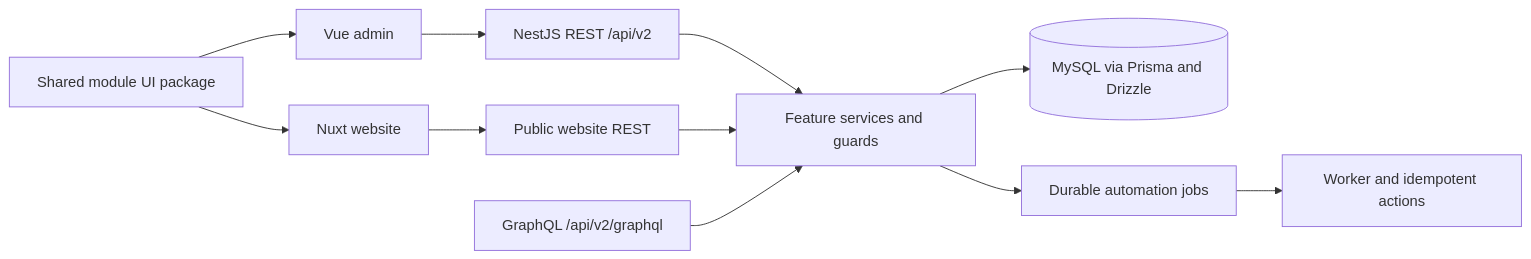
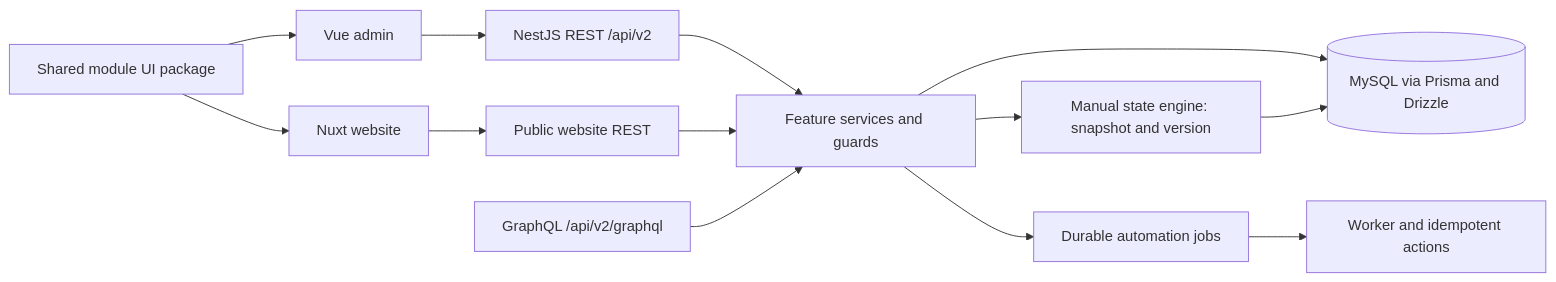
One commit to senthilnathang/Lume changed the diagram in docs/ARCHITECTURE.md. Above: the diagram before and after it, drawn with Mermaid. The commit also changed other lines of this file and 27 other files, not shown here.

Commit message:
docs: reconcile migration architecture and release guidance

````diff
--- a/docs/ARCHITECTURE.md
+++ b/docs/ARCHITECTURE.md
@@ -7,13 +7,15 @@
 ```mermaid
 flowchart LR
   Admin[Vue admin] --> API[NestJS REST /api/v2]
   Site[Nuxt website] --> Public[Public website REST]
   Shared[Shared module UI package] --> Admin
   Shared --> Site
   API --> Services[Feature services and guards]
   Public --> Services
   GQL[GraphQL /api/v2/graphql] --> Services
   Services --> DB[(MySQL via Prisma and Drizzle)]
+  Services --> State[Manual state engine: snapshot and version]
+  State --> DB
   Services --> Jobs[Durable automation jobs]
   Jobs --> Workers[Worker and idempotent actions]
 ```
````
